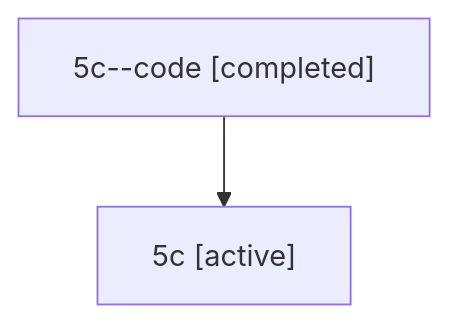
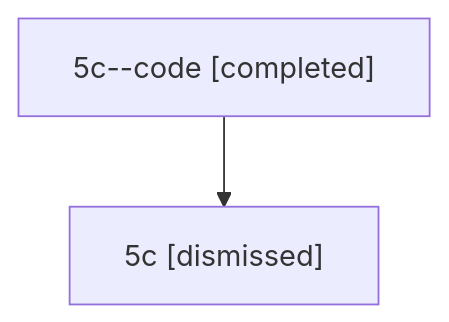
The diagram in sessions/bbugyi200.athena.5c.md (sase-org/sase--agents), drawn with Mermaid before and after one commit. The commit also changed other lines of this file and 32 other files, not shown here.

````diff
--- a/sessions/bbugyi200.athena.5c.md
+++ b/sessions/bbugyi200.athena.5c.md
@@ -9,6 +9,6 @@
 ```mermaid
 flowchart TD
   n0["5c--code [completed]"]
-  n1["5c [active]"]
+  n1["5c [dismissed]"]
   n0 --> n1
 ```
````
